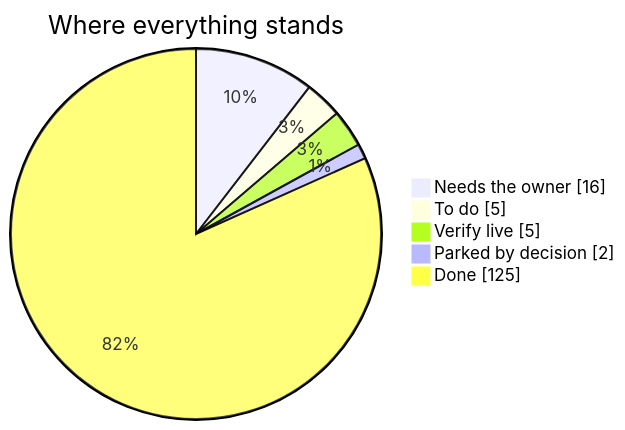
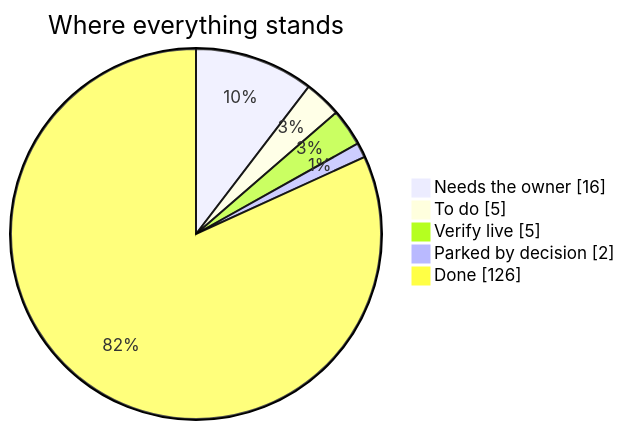
Before and after one commit to divitkej/gradlink: the diagram in launch-board/README.md, drawn with Mermaid. The commit also changed other lines of this file and 4 other files, not shown here.

````diff
--- a/launch-board/README.md
+++ b/launch-board/README.md
@@ -11,9 +11,9 @@
 ```mermaid
 pie showData
   title Where everything stands
   "Needs the owner" : 16
   "To do" : 5
   "Verify live" : 5
   "Parked by decision" : 2
-  "Done" : 125
+  "Done" : 126
 ```
````
